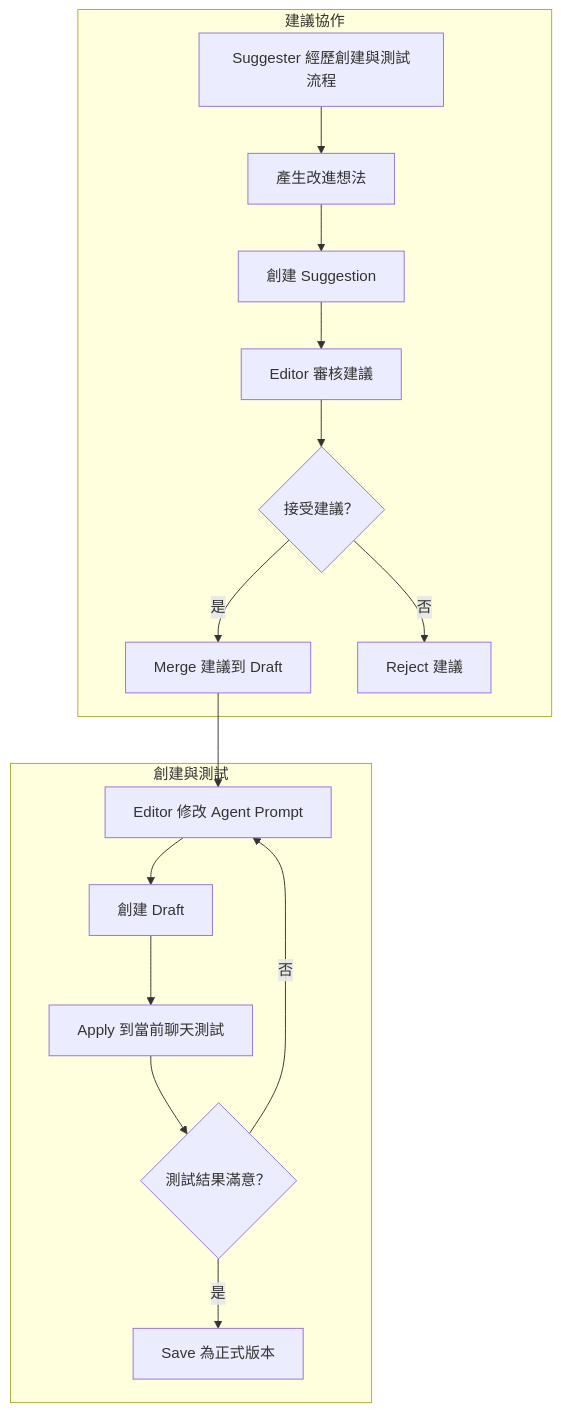
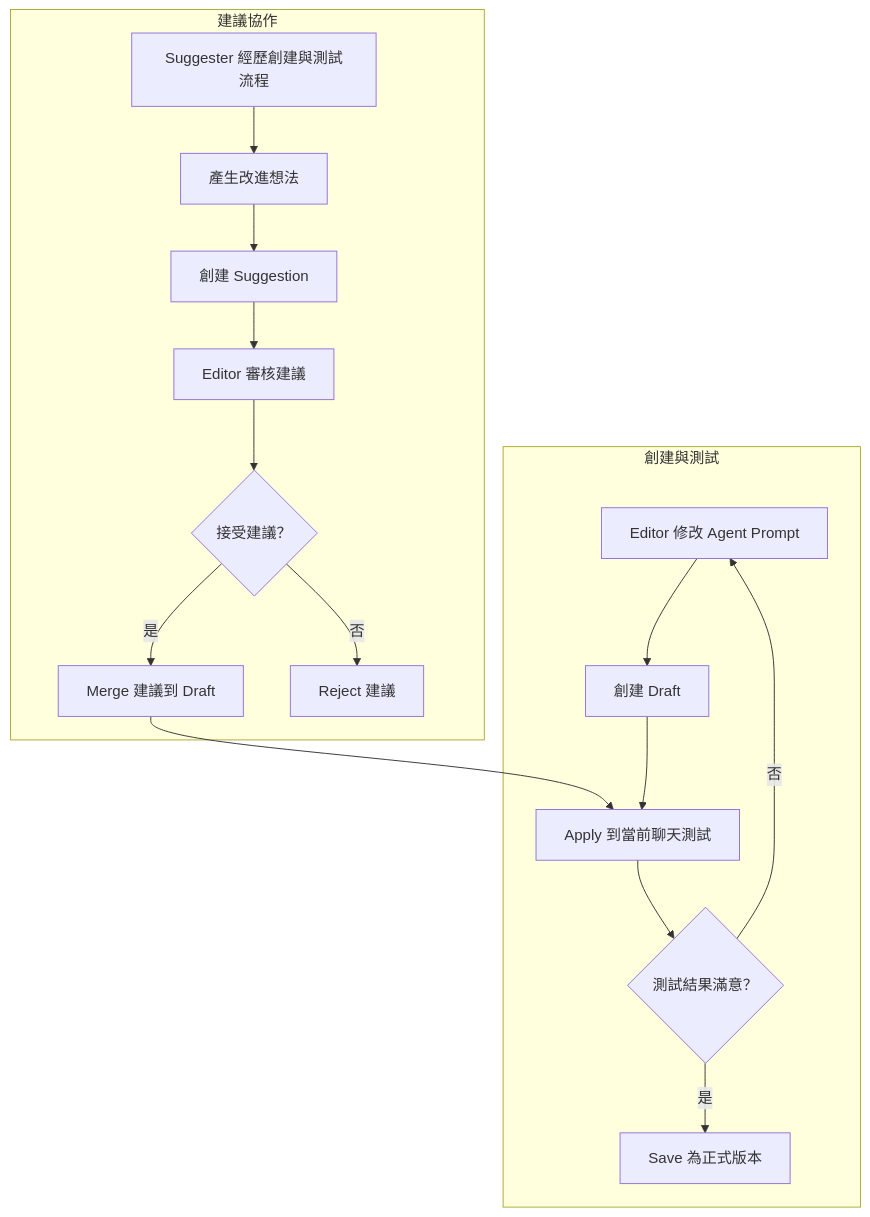
The second of 7 diagrams in design_doc.md (zhowzeng/v2-design-doc), drawn with Mermaid before and after one commit. The commit also changed other lines of this file, not shown here.

````diff
--- a/design_doc.md
+++ b/design_doc.md
@@ -138,20 +138,20 @@
 ```mermaid
 graph TB
     subgraph "創建與測試"
         A[Editor 修改 Agent Prompt] --> B[創建 Draft]
         B --> C[Apply 到當前聊天測試]
         C --> D{測試結果滿意？}
         D -->|否| A
         D -->|是| E[Save 為正式版本]
     end
     
     subgraph "建議協作"
         F[Suggester 經歷創建與測試流程] --> G[產生改進想法]
         G --> H[創建 Suggestion]
         H --> I[Editor 審核建議]
         I --> J{接受建議？}
         J -->|是| K[Merge 建議到 Draft]
         J -->|否| L[Reject 建議]
-        K --> A
+        K --> C
     end
 ```
````
